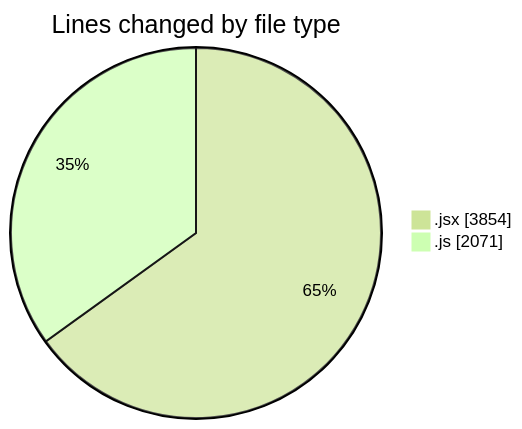
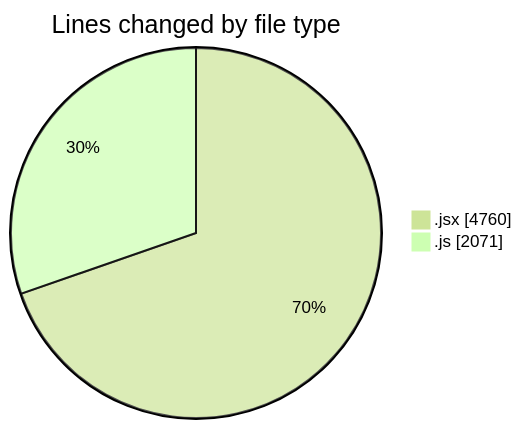
The first of 2 diagrams in 2025-08-04/nxtqube_webapp/README.md (nxtqubesakshisongat/code-tracking), drawn with Mermaid (forest theme) before and after one commit. The commit also changed other lines of this file and 1 other file, not shown here.

````diff
--- a/2025-08-04/nxtqube_webapp/README.md
+++ b/2025-08-04/nxtqube_webapp/README.md
@@ -33,6 +37,6 @@
 ```mermaid
 pie showData
 title Lines changed by file type
-".jsx" : 3854
+".jsx" : 4760
 ".js" : 2071
 ```
````
